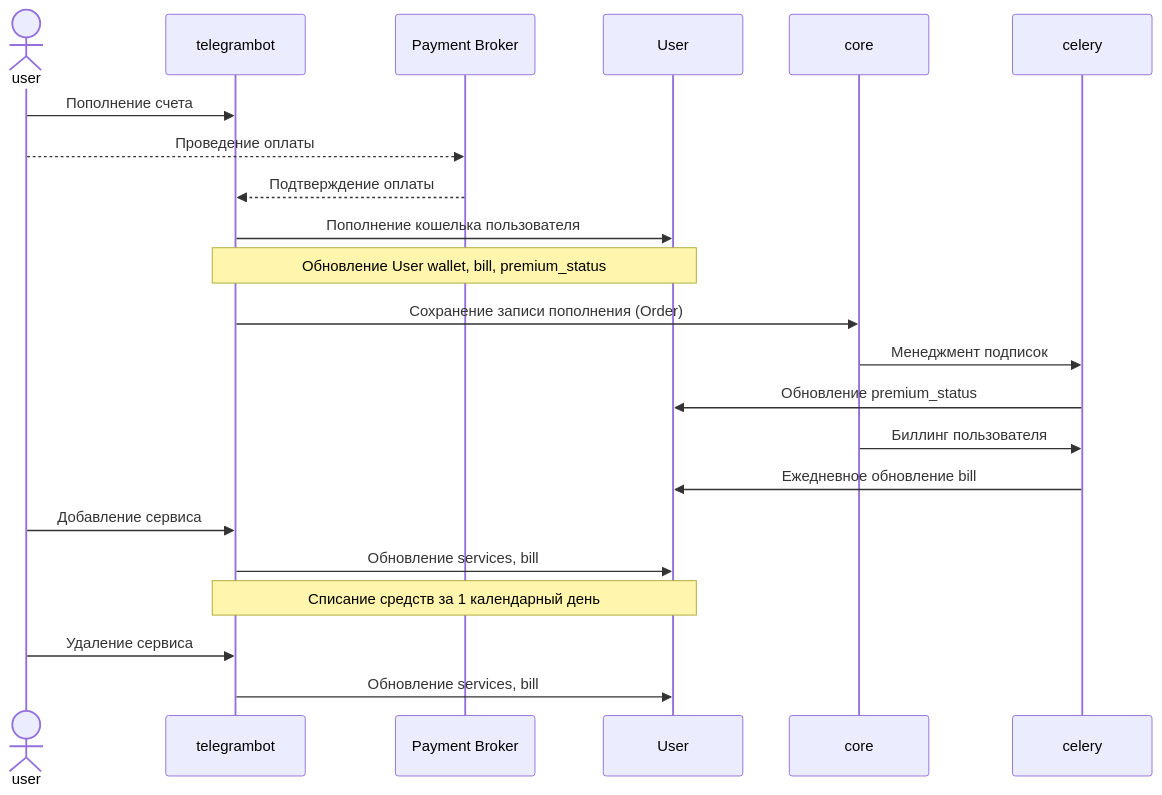
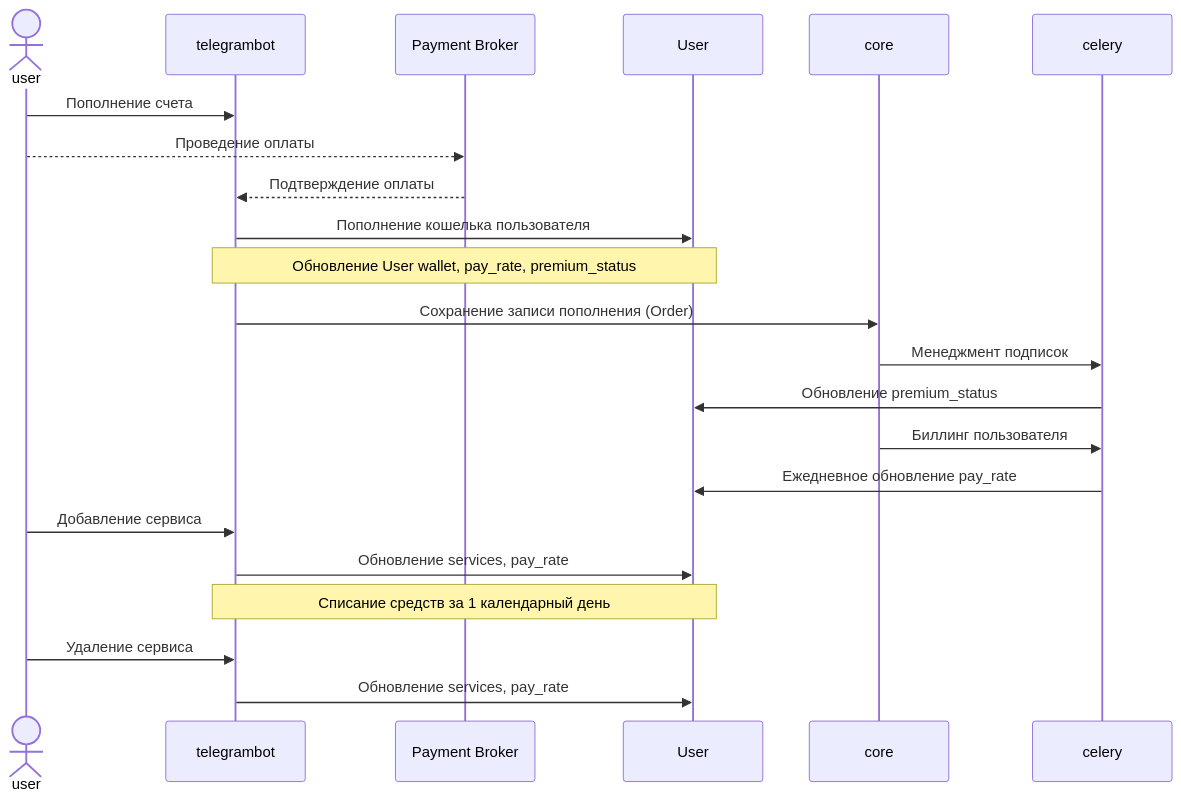
Before and after one commit to DmitryPi/telegramnotify: the first of 3 diagrams in README.md, drawn with Mermaid. The commit also changed other lines of this file and 8 other files, not shown here.

Commit message:
Remove field bill from user; Add field pay_rate to user; Init: core services.py;

````diff
--- a/README.md
+++ b/README.md
@@ -30,25 +37,25 @@
 ```mermaid
 sequenceDiagram
    actor user
    participant telegrambot
    participant Payment Broker
    participant User
    participant core
    participant celery
 
    user->>telegrambot: Пополнение счета
    user-->>Payment Broker: Проведение оплаты
    Payment Broker-->>telegrambot: Подтверждение оплаты
    telegrambot->>User: Пополнение кошелька пользователя
-   Note over telegrambot,User: Обновление User wallet, bill, premium_status
+   Note over telegrambot,User: Обновление User wallet, pay_rate, premium_status
    telegrambot->>core: Сохранение записи пополнения (Order)
    core->>celery: Менеджмент подписок
    celery->>User: Обновление premium_status
    core->>celery: Биллинг пользователя
-   celery->>User: Ежедневное обновление bill
+   celery->>User: Ежедневное обновление pay_rate
    user->>telegrambot: Добавление сервиса
-   telegrambot->>User: Обновление services, bill
+   telegrambot->>User: Обновление services, pay_rate
    Note over telegrambot,User: Списание средств за 1 календарный день
    user->>telegrambot: Удаление сервиса
-   telegrambot->>User: Обновление services, bill
+   telegrambot->>User: Обновление services, pay_rate
 ```
````
